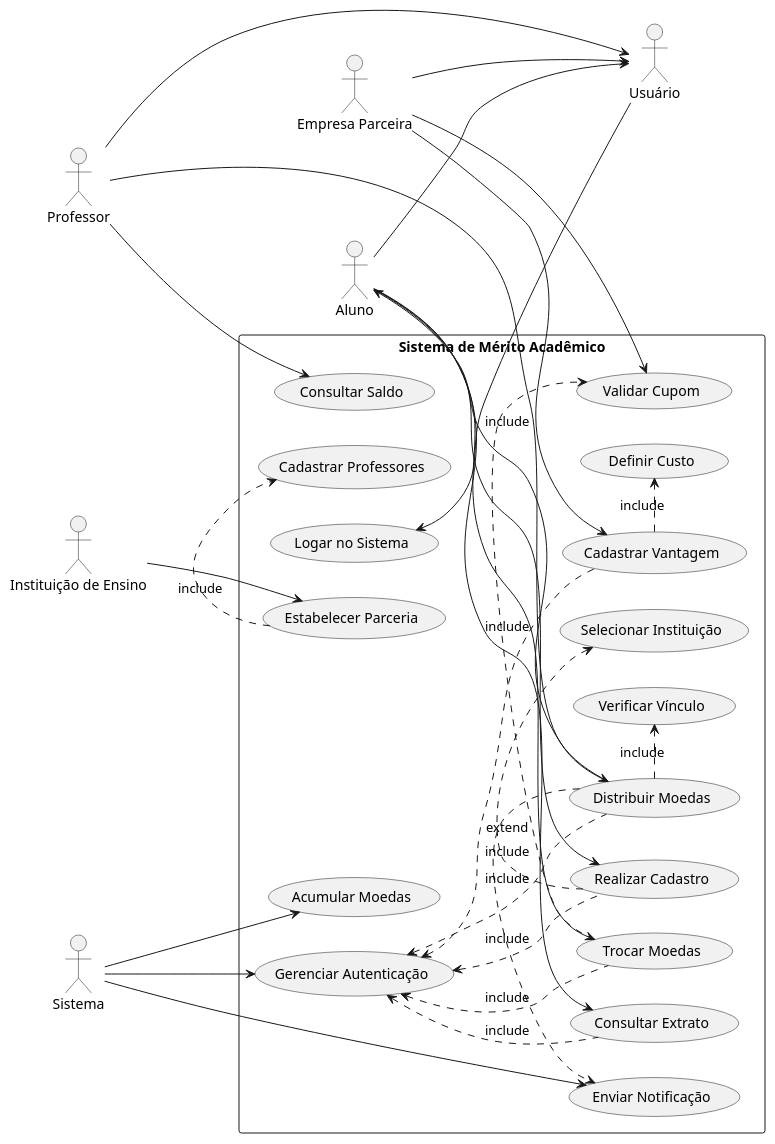
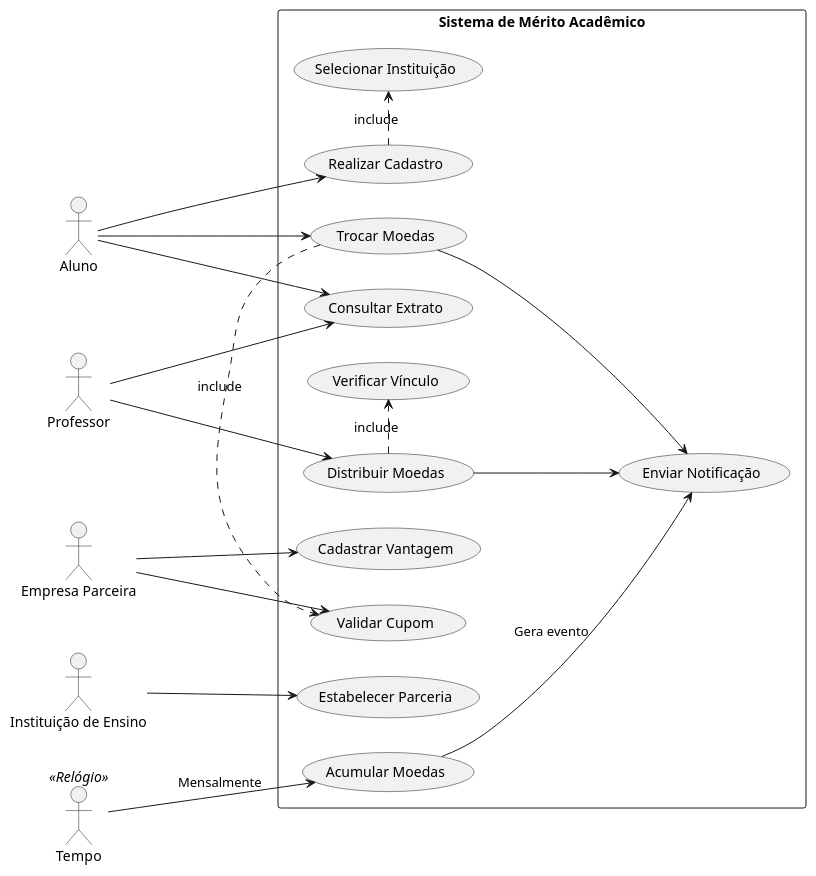
One commit to thais-reiss/Lab3-Sistema-de-moeda-estudantil changed the diagram in project/Diagramas/Diagrama de Casos de Uso/README.md. Above: the diagram before and after it, drawn with PlantUML. The commit also changed 1 other file, not shown here.

Commit message:
Casos de Uso

```diff
--- a/project/Diagramas/Diagrama de Casos de Uso/README.md
+++ b/project/Diagramas/Diagrama de Casos de Uso/README.md
@@ -1,49 +1,46 @@
 @startuml
 left to right direction
 skinparam packageStyle rectangle
 
 actor Aluno
 actor Professor
 actor "Empresa Parceira" as Empresa
 actor "Instituição de Ensino" as Instituicao
-actor Sistema
-actor Usuário
+actor "Tempo" as Timer << Relógio >>
 
 rectangle "Sistema de Mérito Acadêmico" {
-  Usuário --> (Logar no Sistema)
-
+  (Realizar Cadastro)
+  (Consultar Extrato)
+  (Trocar Moedas)
+  (Distribuir Moedas)
+  (Cadastrar Vantagem)
+  (Validar Cupom)
+  (Estabelecer Parceria)
+  
+  (Acumular Moedas) as (Acumular)
+  (Enviar Notificação) as (Notificar)
+  
   Aluno --> (Realizar Cadastro)
   Aluno --> (Consultar Extrato)
   Aluno --> (Trocar Moedas)
-  (Distribuir Moedas) --> Aluno
-  Aluno --> Usuário
   
   Professor --> (Distribuir Moedas)
-  Professor --> (Consultar Saldo)
-  Professor --> Usuário
+  Professor --> (Consultar Extrato)
   
   Empresa --> (Cadastrar Vantagem)
   Empresa --> (Validar Cupom)
-  Empresa --> Usuário
   
   Instituicao --> (Estabelecer Parceria)
   
-  Sistema --> (Acumular Moedas)
-  Sistema --> (Enviar Notificação)
-  Sistema --> (Gerenciar Autenticação)
-
+  Timer --> (Acumular) : Mensalmente
+  
   (Realizar Cadastro) .> (Selecionar Instituição) : «include»
   (Distribuir Moedas) .> (Verificar Vínculo) : «include»
-  (Distribuir Moedas) .> (Enviar Notificação) : «extend» 
   (Trocar Moedas) .> (Validar Cupom) : «include»
-  (Estabelecer Parceria) .> (Cadastrar Professores) : «include»
-  (Cadastrar Vantagem) .> (Definir Custo) : «include»
   
-  (Gerenciar Autenticação) <.. (Realizar Cadastro) : «include»
-  (Gerenciar Autenticação) <.. (Distribuir Moedas) : «include»
-  (Gerenciar Autenticação) <.. (Consultar Extrato) : «include»
-  (Gerenciar Autenticação) <.. (Trocar Moedas) : «include»
-  (Gerenciar Autenticação) <.. (Cadastrar Vantagem) : «include»
+  (Acumular) --> (Notificar) : Gera evento
+  (Distribuir Moedas) --> (Notificar)
+  (Trocar Moedas) --> (Notificar)
 }
 
 @enduml
```
